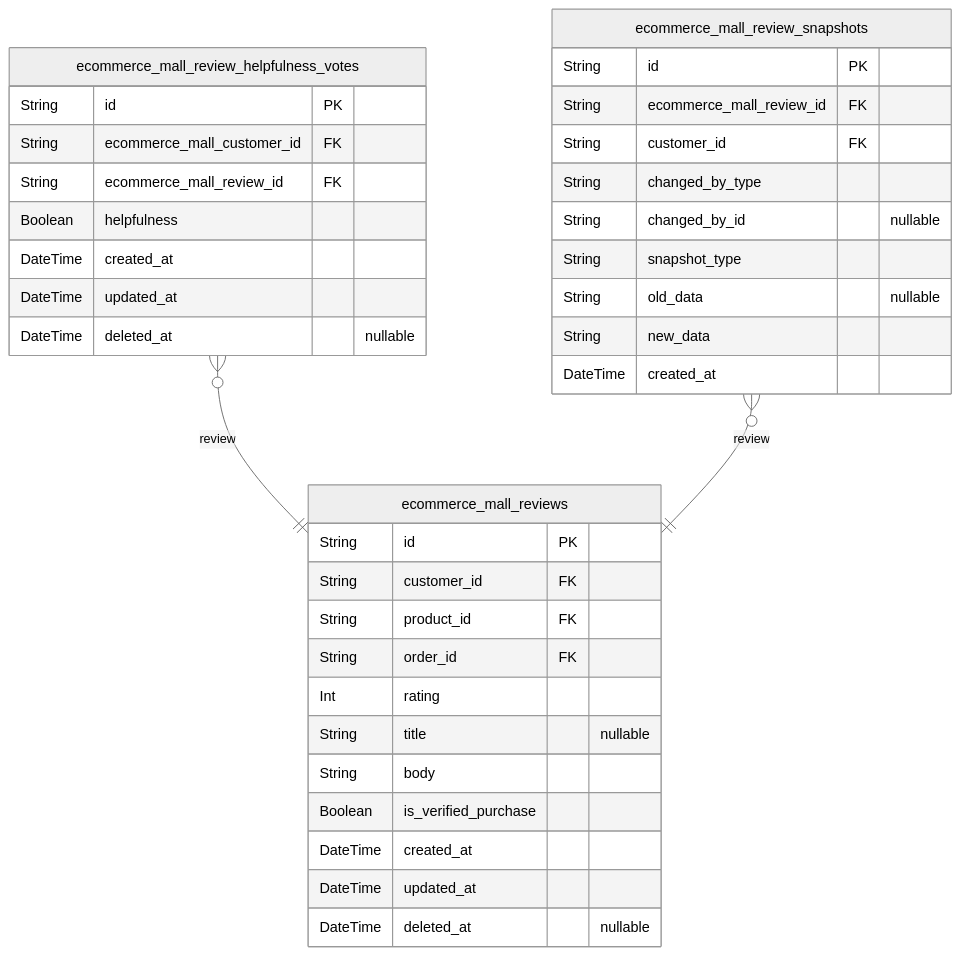
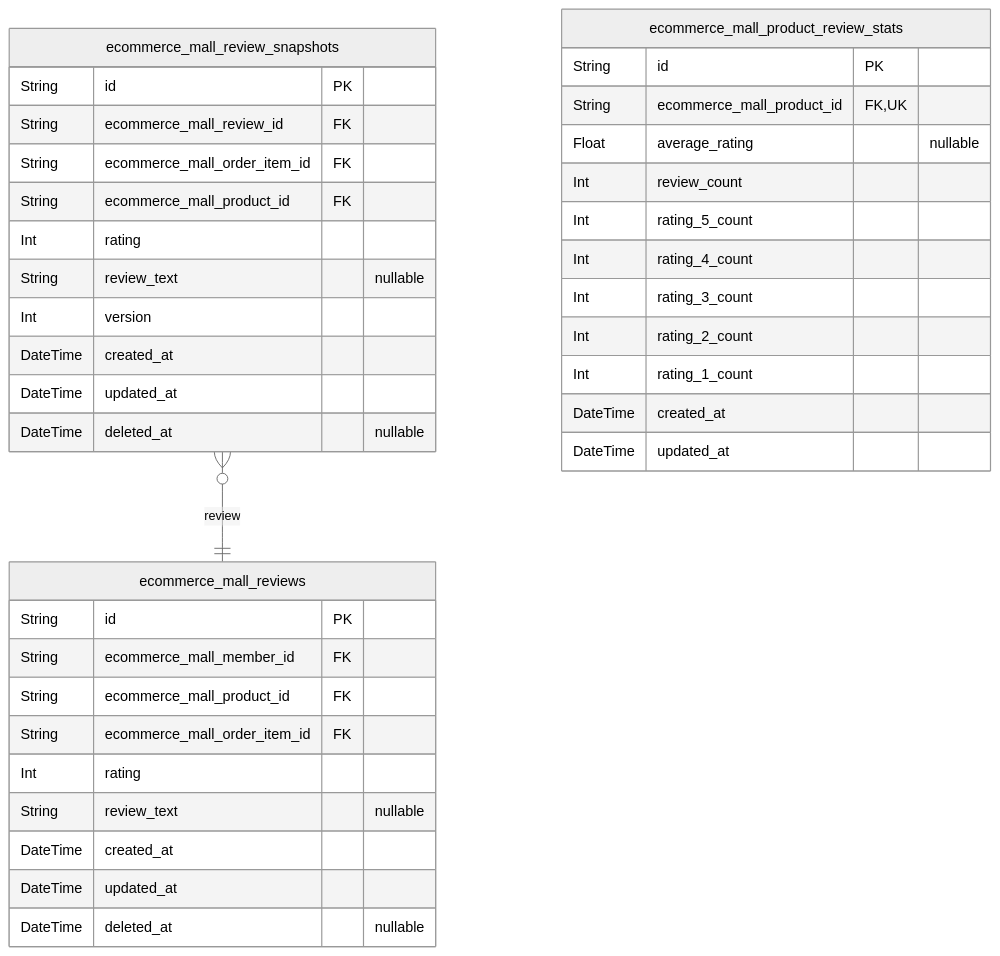
The sixth of 8 diagrams in qwen/qwen3.5-35b-a3b/shopping/docs/ERD.md (wrtnlabs/autobe-examples), drawn with Mermaid (neutral theme) before and after one commit. The commit also changed other lines of this file and 32093 other files, not shown here.

````diff
--- a/qwen/qwen3.5-35b-a3b/shopping/docs/ERD.md
+++ b/qwen/qwen3.5-35b-a3b/shopping/docs/ERD.md
@@ -2024,38 +2738,40 @@
 ```mermaid
 erDiagram
 "ecommerce_mall_reviews" {
   String id PK
-  String customer_id FK
-  String product_id FK
-  String order_id FK
+  String ecommerce_mall_member_id FK
+  String ecommerce_mall_product_id FK
+  String ecommerce_mall_order_item_id FK
   Int rating
-  String title "nullable"
-  String body
-  Boolean is_verified_purchase
-  DateTime created_at
-  DateTime updated_at
-  DateTime deleted_at "nullable"
-}
-"ecommerce_mall_review_helpfulness_votes" {
-  String id PK
-  String ecommerce_mall_customer_id FK
-  String ecommerce_mall_review_id FK
-  Boolean helpfulness
+  String review_text "nullable"
   DateTime created_at
   DateTime updated_at
   DateTime deleted_at "nullable"
 }
 "ecommerce_mall_review_snapshots" {
   String id PK
   String ecommerce_mall_review_id FK
-  String customer_id FK
-  String changed_by_type
-  String changed_by_id "nullable"
-  String snapshot_type
-  String old_data "nullable"
-  String new_data
+  String ecommerce_mall_order_item_id FK
+  String ecommerce_mall_product_id FK
+  Int rating
+  String review_text "nullable"
+  Int version
   DateTime created_at
+  DateTime updated_at
+  DateTime deleted_at "nullable"
 }
-"ecommerce_mall_review_helpfulness_votes" }o--|| "ecommerce_mall_reviews" : review
+"ecommerce_mall_product_review_stats" {
+  String id PK
+  String ecommerce_mall_product_id FK,UK
+  Float average_rating "nullable"
+  Int review_count
+  Int rating_5_count
+  Int rating_4_count
+  Int rating_3_count
+  Int rating_2_count
+  Int rating_1_count
+  DateTime created_at
+  DateTime updated_at
+}
 "ecommerce_mall_review_snapshots" }o--|| "ecommerce_mall_reviews" : review
 ```
````
